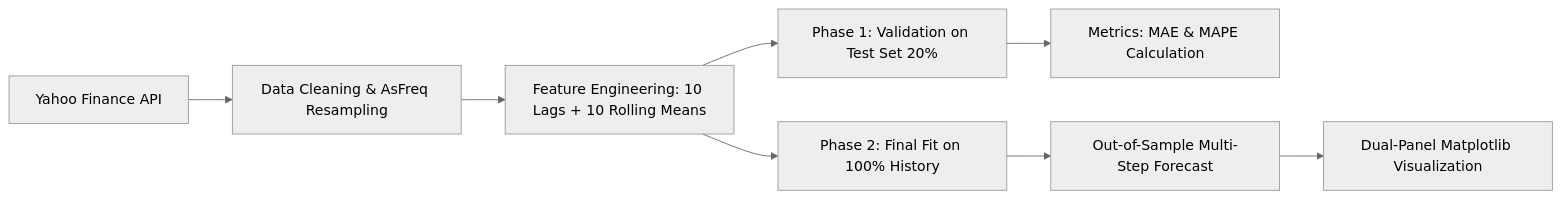
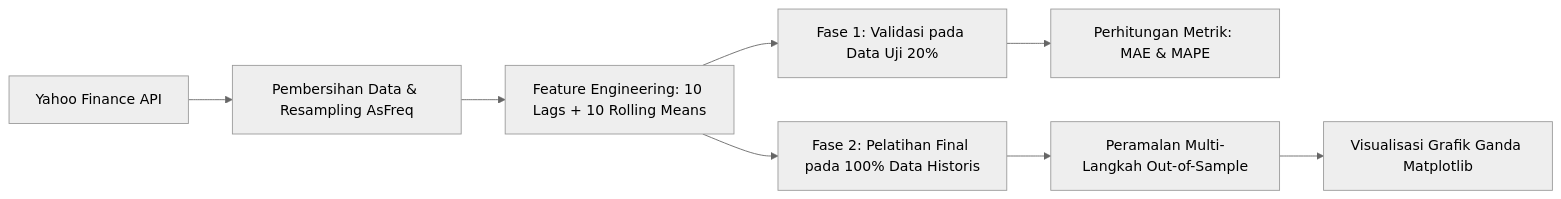
Before and after one commit to Cahyo-Wisanggeni/Yahoo-Finance-Forecaster: the diagram in Yahoo Finance Forecaster CLI/README.md, drawn with Mermaid (neutral theme). The commit also changed other lines of this file and 6 other files, not shown here.

````diff
--- a/Yahoo Finance Forecaster CLI/README.md
+++ b/Yahoo Finance Forecaster CLI/README.md
@@ -63,10 +63,10 @@
 ```mermaid
 flowchart LR
-    A[Yahoo Finance API] --> B[Data Cleaning & AsFreq Resampling]
+    A[Yahoo Finance API] --> B[Pembersihan Data & Resampling AsFreq]
     B --> C[Feature Engineering: 10 Lags + 10 Rolling Means]
-    C --> D[Phase 1: Validation on Test Set 20%]
-    D --> E[Metrics: MAE & MAPE Calculation]
-    C --> F[Phase 2: Final Fit on 100% History]
-    F --> G[Out-of-Sample Multi-Step Forecast]
-    G --> H[Dual-Panel Matplotlib Visualization]
+    C --> D[Fase 1: Validasi pada Data Uji 20%]
+    D --> E[Perhitungan Metrik: MAE & MAPE]
+    C --> F[Fase 2: Pelatihan Final pada 100% Data Historis]
+    F --> G[Peramalan Multi-Langkah Out-of-Sample]
+    G --> H[Visualisasi Grafik Ganda Matplotlib]
 ```
````
